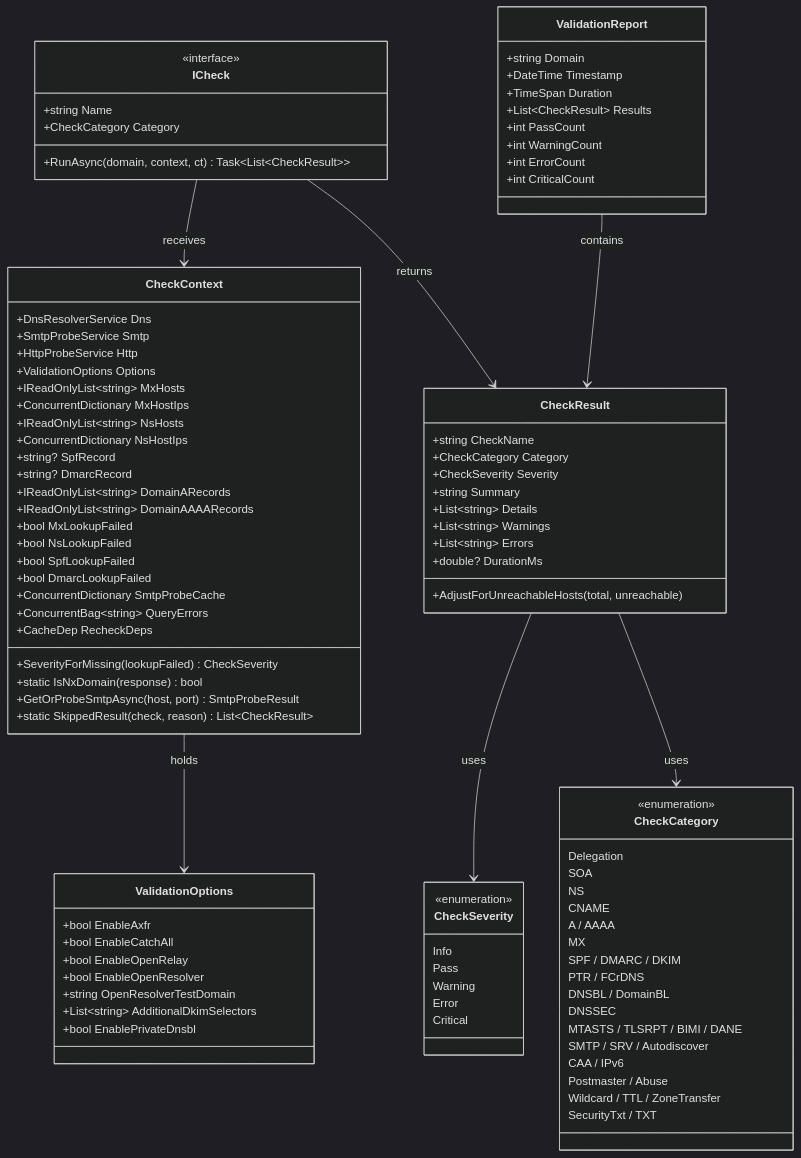
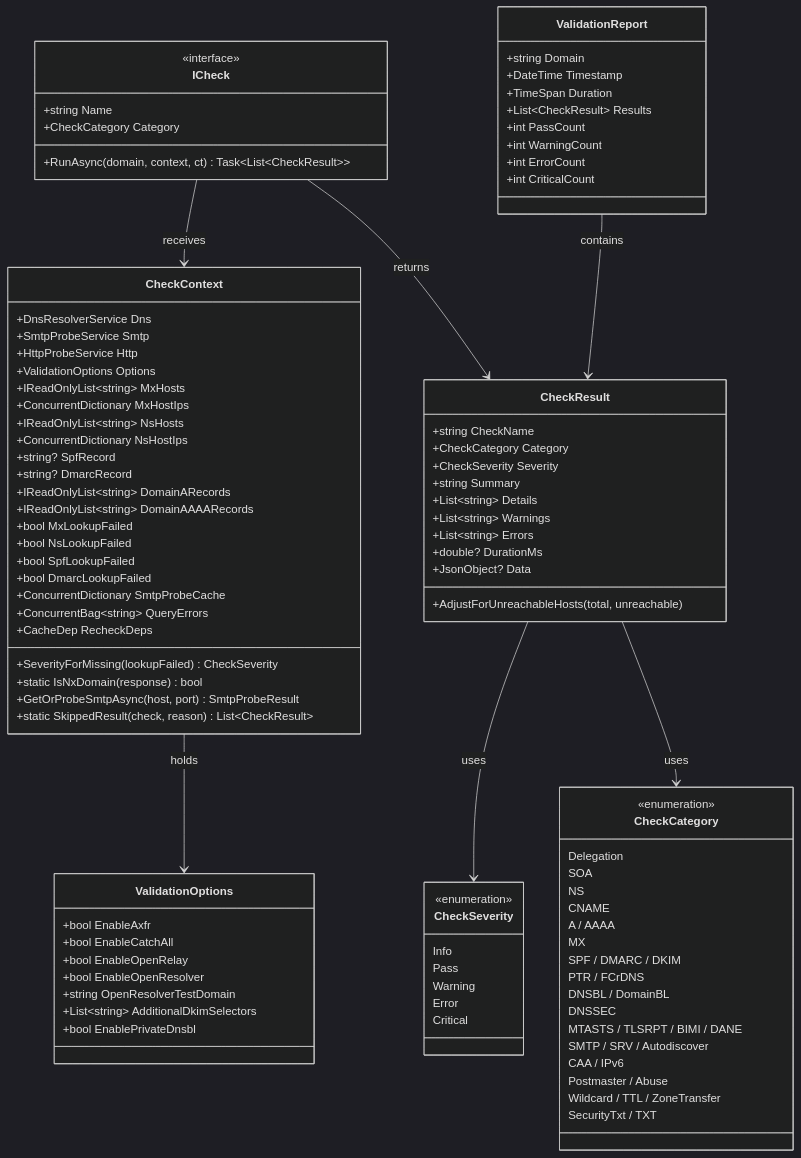
Before and after one commit to pkinerd/ednsv: the first of 2 diagrams in docs/check-framework.md, drawn with Mermaid (dark theme). The commit also changed 6 other files, not shown here.

```diff
--- a/docs/check-framework.md
+++ b/docs/check-framework.md
@@ -48,6 +48,7 @@
         +List~string~ Warnings
         +List~string~ Errors
         +double? DurationMs
+        +JsonObject? Data
         +AdjustForUnreachableHosts(total, unreachable)
     }
 
```
